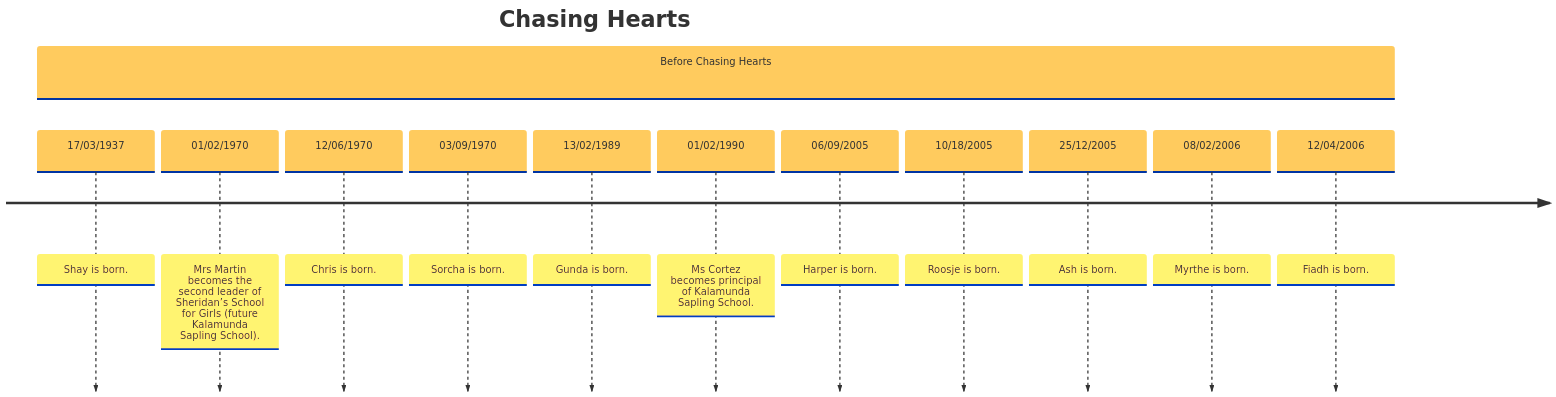
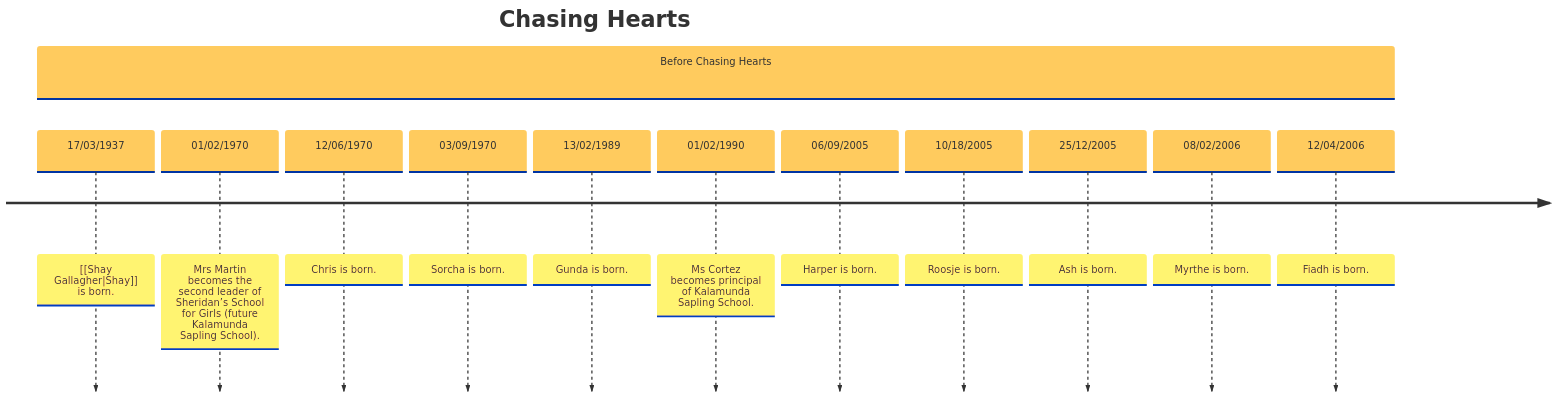
One commit to Crafty12345/chasing-hearts-wiki changed the diagram in content/Timeline/Chasing Hearts Timeline.md. Above: the diagram before and after it, drawn with Mermaid.

Commit message:
Quartz sync: May 31, 2024, 11:54 PM

````diff
--- a/content/Timeline/Chasing Hearts Timeline.md
+++ b/content/Timeline/Chasing Hearts Timeline.md
@@ -5,29 +5,29 @@
 ```mermaid
 
 %%{init: { 'logLevel': 'debug', 'theme': 'base' } }%%
 timeline
     title Chasing Hearts
 	section Before Chasing Hearts
 		17/03/1937:
-			Shay is born.
+			[[Shay Gallagher|Shay]] is born.
 		01/02/1970:
 			Mrs Martin becomes the second leader of Sheridan’s School for Girls (future Kalamunda Sapling School).
 		12/06/1970:
 			Chris is born.
 		03/09/1970:
 			Sorcha is born.
 		13/02/1989:
 			Gunda is born.
 		01/02/1990:
 			Ms Cortez becomes principal of Kalamunda Sapling School.
 		06/09/2005:
 			Harper is born.
 		10/18/2005:
 			Roosje is born.
 		25/12/2005:
 			Ash is born.
 		08/02/2006:
 			Myrthe is born.
 		12/04/2006:
 			Fiadh is born.
 ```
````
